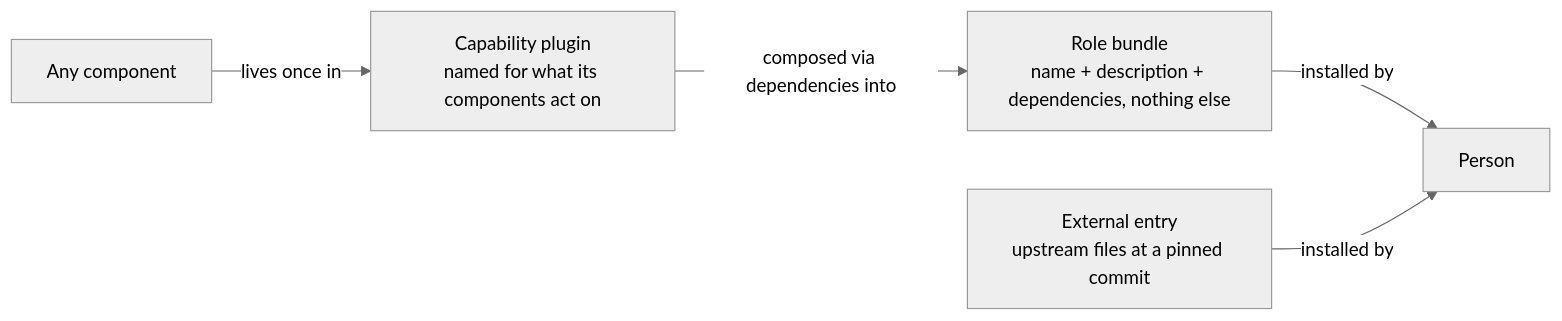
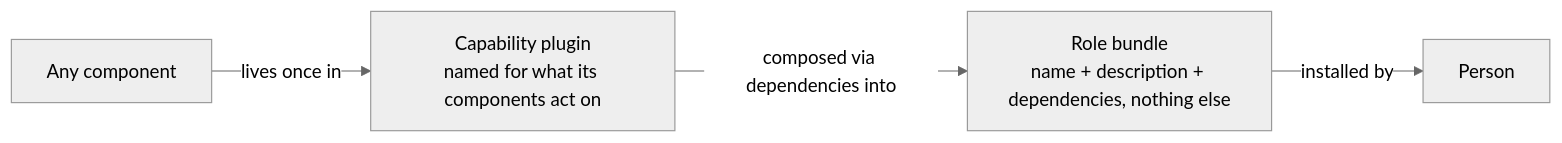
One commit to bitwarden/contributing-docs changed the first of 3 diagrams in docs/architecture/adr/0035-adopt-ai-plugin-taxonomy.md. Above: the diagram before and after it, drawn with Mermaid (neutral theme). The commit also changed other lines of this file, not shown here.

````diff
--- a/docs/architecture/adr/0035-adopt-ai-plugin-taxonomy.md
+++ b/docs/architecture/adr/0035-adopt-ai-plugin-taxonomy.md
@@ -129,7 +144,6 @@
 ```mermaid
 flowchart LR
     Comp["Any component"] -->|lives once in| Cap["Capability plugin<br/>named for what its components act on"]
     Cap -->|composed via dependencies into| Bundle["Role bundle<br/>name + description + dependencies, nothing else"]
     Bundle -->|installed by| Person["Person"]
-    Ext["External entry<br/>upstream files at a pinned commit"] -->|installed by| Person
 ```
````
